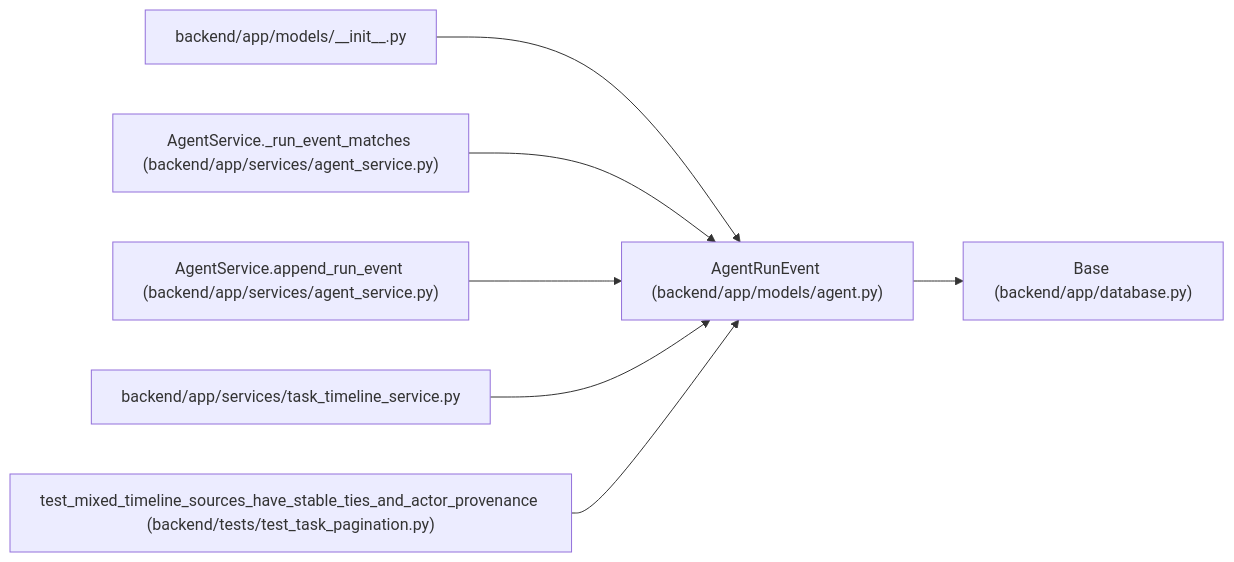
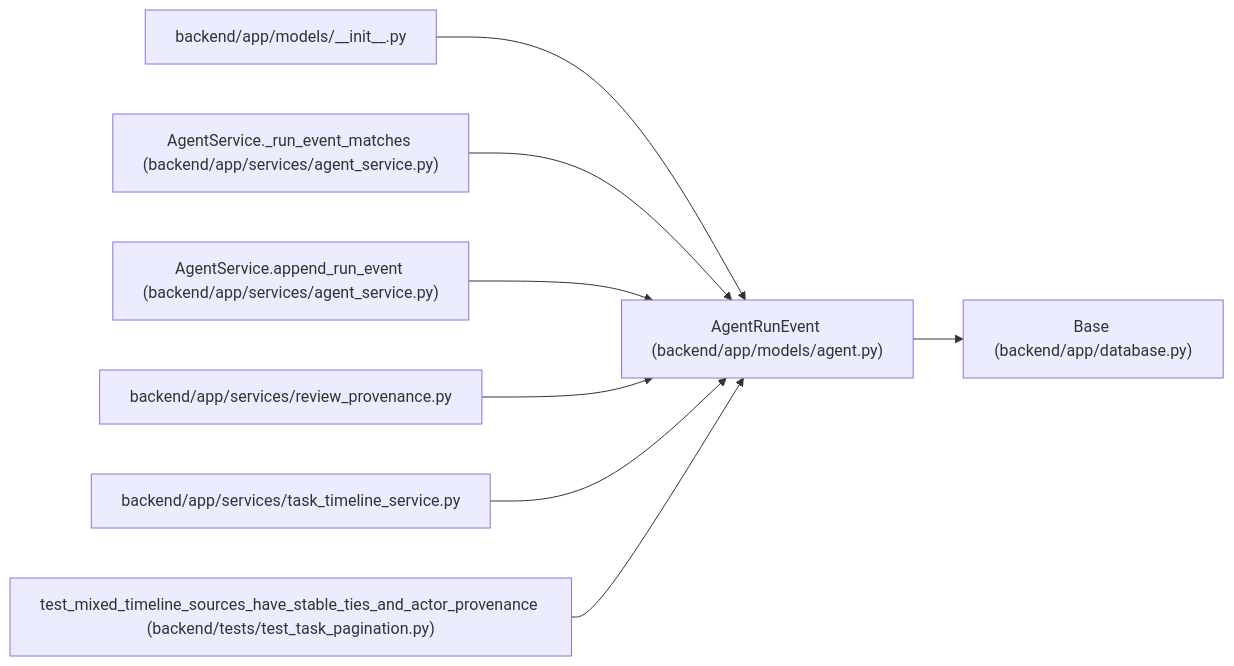
One commit to Denissvgn/WorkChord changed the diagram in docs/llm_wiki/entities/models_agent_AgentRunEvent.md. Above: the diagram before and after it, drawn with Mermaid. The commit also changed other lines of this file and 2373 other files, not shown here.

````diff
--- a/docs/llm_wiki/entities/models_agent_AgentRunEvent.md
+++ b/docs/llm_wiki/entities/models_agent_AgentRunEvent.md
@@ -35,23 +35,26 @@
 ```mermaid
 flowchart LR
     n0["AgentRunEvent (backend/app/models/agent.py)"]
     n1["Base (backend/app/database.py)"]
     n2["backend/app/models/__init__.py"]
     n3["AgentService._run_event_matches (backend/app/services/agent_service.py)"]
     n4["AgentService.append_run_event (backend/app/services/agent_service.py)"]
-    n5["backend/app/services/task_timeline_service.py"]
-    n6["test_mixed_timeline_sources_have_stable_ties_and_actor_provenance (backend/tests/test_task_pagination.py)"]
+    n5["backend/app/services/review_provenance.py"]
+    n6["backend/app/services/task_timeline_service.py"]
+    n7["test_mixed_timeline_sources_have_stable_ties_and_actor_provenance (backend/tests/test_task_pagination.py)"]
     n0 --> n1
     n2 --> n0
     n3 --> n0
     n4 --> n0
     n5 --> n0
     n6 --> n0
+    n7 --> n0
     click n0 "../modules/models_agent.md"
     click n1 "../modules/app_database.md"
     click n2 "../modules/models___init__.md"
     click n3 "../modules/agent_service.md"
     click n4 "../modules/agent_service.md"
-    click n5 "../modules/task_timeline_service.md"
-    click n6 "../modules/test_task_pagination.md"
+    click n5 "../modules/review_provenance.md"
+    click n6 "../modules/task_timeline_service.md"
+    click n7 "../modules/test_task_pagination.md"
 ```
````
